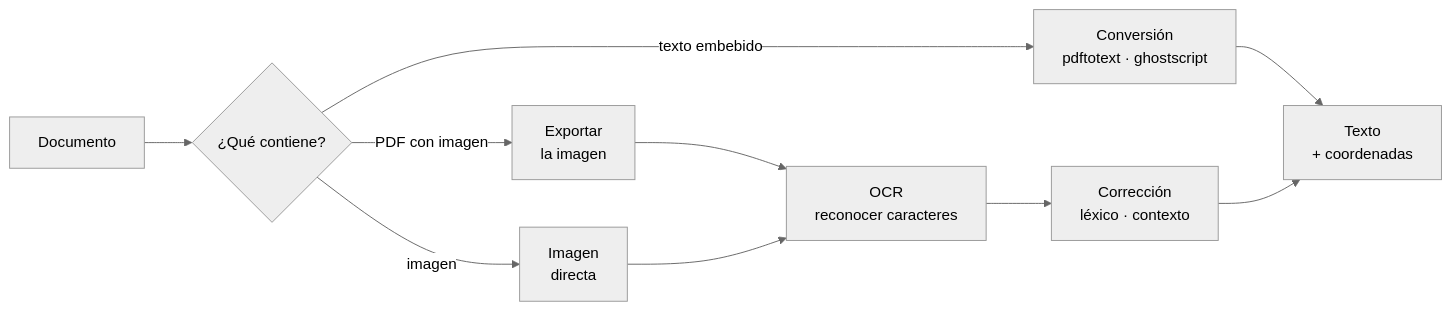
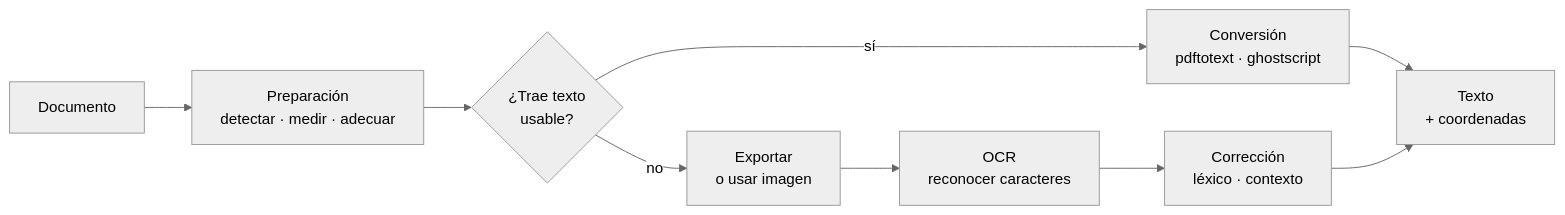
One commit to mariogarcia-ar/docflow changed the second of 6 diagrams in README.md. Above: the diagram before and after it, drawn with Mermaid (neutral theme). The commit also changed other lines of this file, not shown here.

````diff
--- a/README.md
+++ b/README.md
@@ -70,12 +71,11 @@
 ```mermaid
 graph LR
-    A["Documento"] --> B{"¿Qué contiene?"}
-    B -->|"texto embebido"| C["Conversión<br/>pdftotext · ghostscript"]
-    B -->|"PDF con imagen"| D["Exportar<br/>la imagen"]
-    B -->|"imagen"| E["Imagen<br/>directa"]
-    D --> F["OCR<br/>reconocer caracteres"]
-    E --> F
+    A["Documento"] --> B["Preparación<br/>detectar · medir · adecuar"]
+    B --> C{"¿Trae texto<br/>usable?"}
+    C -->|"sí"| D["Conversión<br/>pdftotext · ghostscript"]
+    C -->|"no"| E["Exportar<br/>o usar imagen"]
+    E --> F["OCR<br/>reconocer caracteres"]
     F --> G["Corrección<br/>léxico · contexto"]
-    C --> H["Texto<br/>+ coordenadas"]
+    D --> H["Texto<br/>+ coordenadas"]
     G --> H
 ```
````
